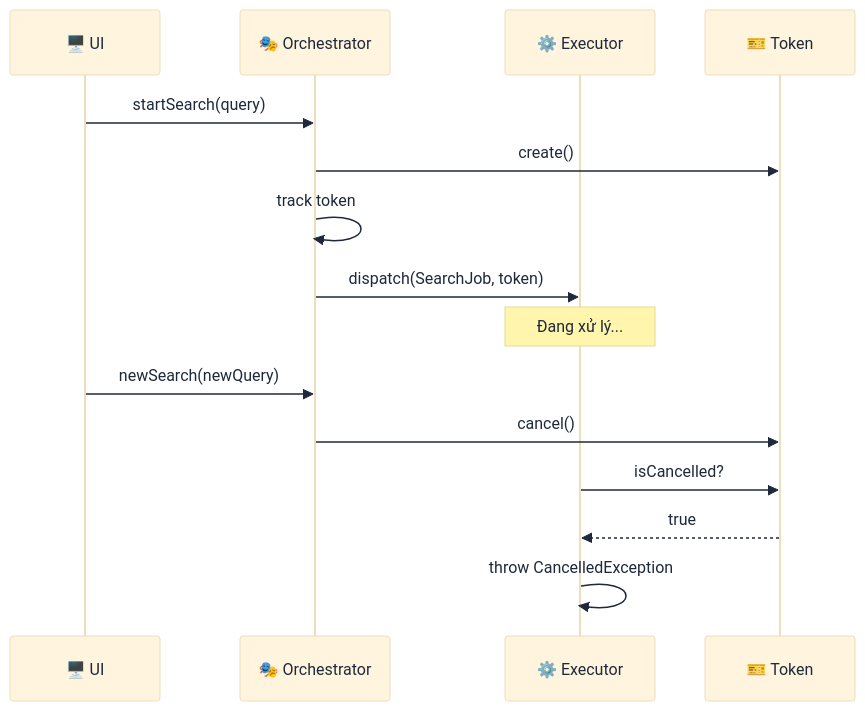
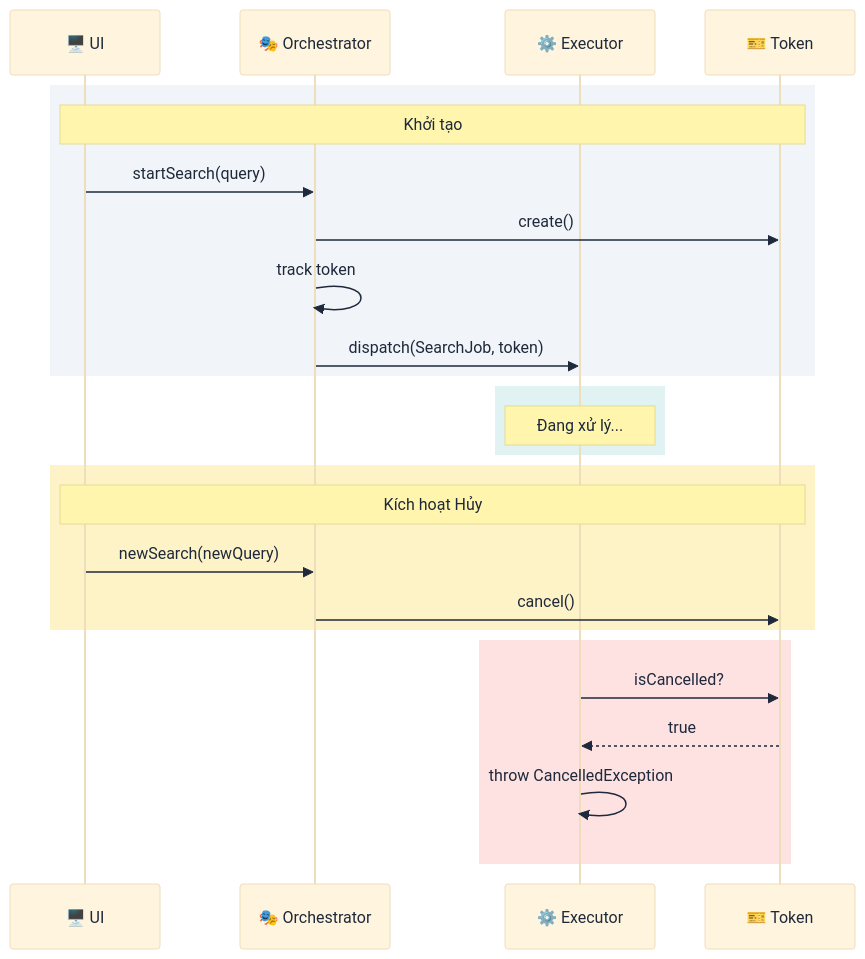
One commit to lploc94/flutter_orchestrator changed the first of 16 diagrams in book/vi/chapters/05_advanced_patterns.md. Above: the diagram before and after it, drawn with Mermaid. The commit also changed other lines of this file and 1 other file, not shown here.

````diff
--- a/book/vi/chapters/05_advanced_patterns.md
+++ b/book/vi/chapters/05_advanced_patterns.md
@@ -15,22 +15,32 @@
 ```mermaid
 %%{init: {'theme': 'base', 'themeVariables': { 'primaryTextColor': '#1e293b', 'noteTextColor': '#1e293b', 'actorTextColor': '#1e293b' }}}%%
 sequenceDiagram
     participant UI as 🖥️ UI
     participant Orch as 🎭 Orchestrator
     participant Exec as ⚙️ Executor
     participant Token as 🎫 Token
     
-    UI->>Orch: startSearch(query)
-    Orch->>Token: create()
-    Orch->>Orch: track token
-    Orch->>Exec: dispatch(SearchJob, token)
+    rect rgb(241, 245, 249)
+        Note over UI,Token: Khởi tạo
+        UI->>Orch: startSearch(query)
+        Orch->>Token: create()
+        Orch->>Orch: track token
+        Orch->>Exec: dispatch(SearchJob, token)
+    end
     
-    Note over Exec: Đang xử lý...
+    rect rgb(224, 242, 241)
+        Note over Exec: Đang xử lý...
+    end
     
-    UI->>Orch: newSearch(newQuery)
-    Orch->>Token: cancel()
+    rect rgb(254, 243, 199)
+        Note over UI,Token: Kích hoạt Hủy
+        UI->>Orch: newSearch(newQuery)
+        Orch->>Token: cancel()
+    end
     
-    Exec->>Token: isCancelled?
-    Token-->>Exec: true
-    Exec->>Exec: throw CancelledException
+    rect rgb(254, 226, 226)
+        Exec->>Token: isCancelled?
+        Token-->>Exec: true
+        Exec->>Exec: throw CancelledException
+    end
 ```
````
